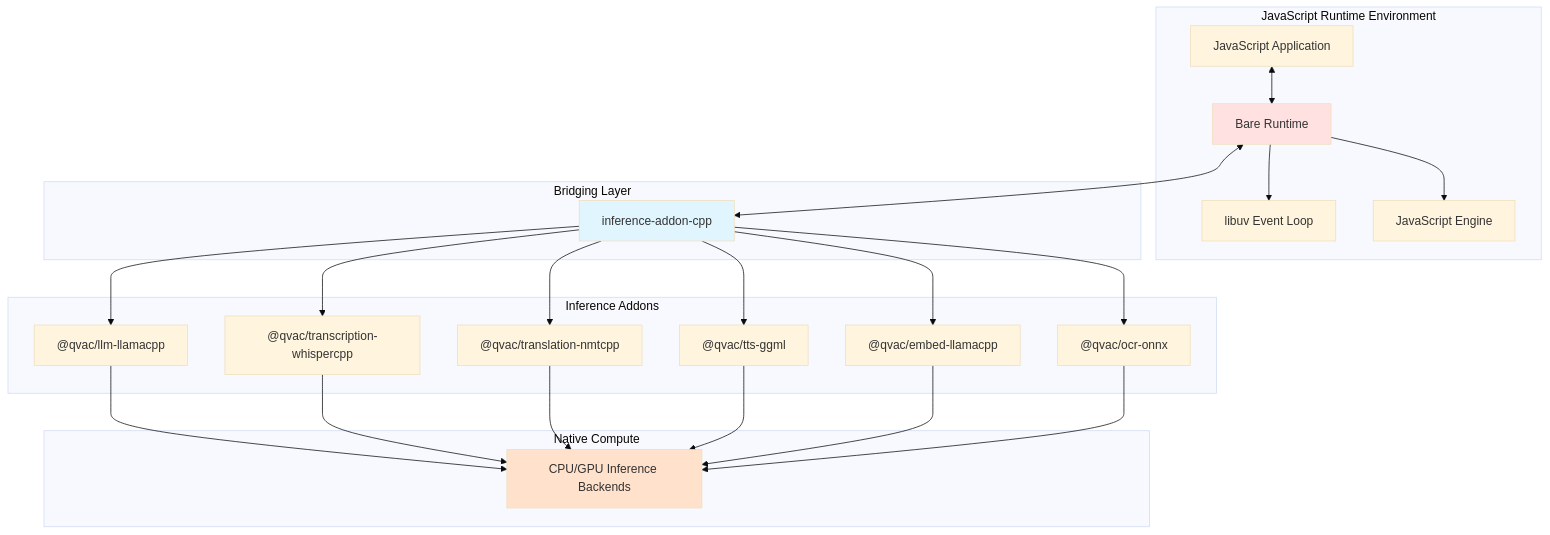
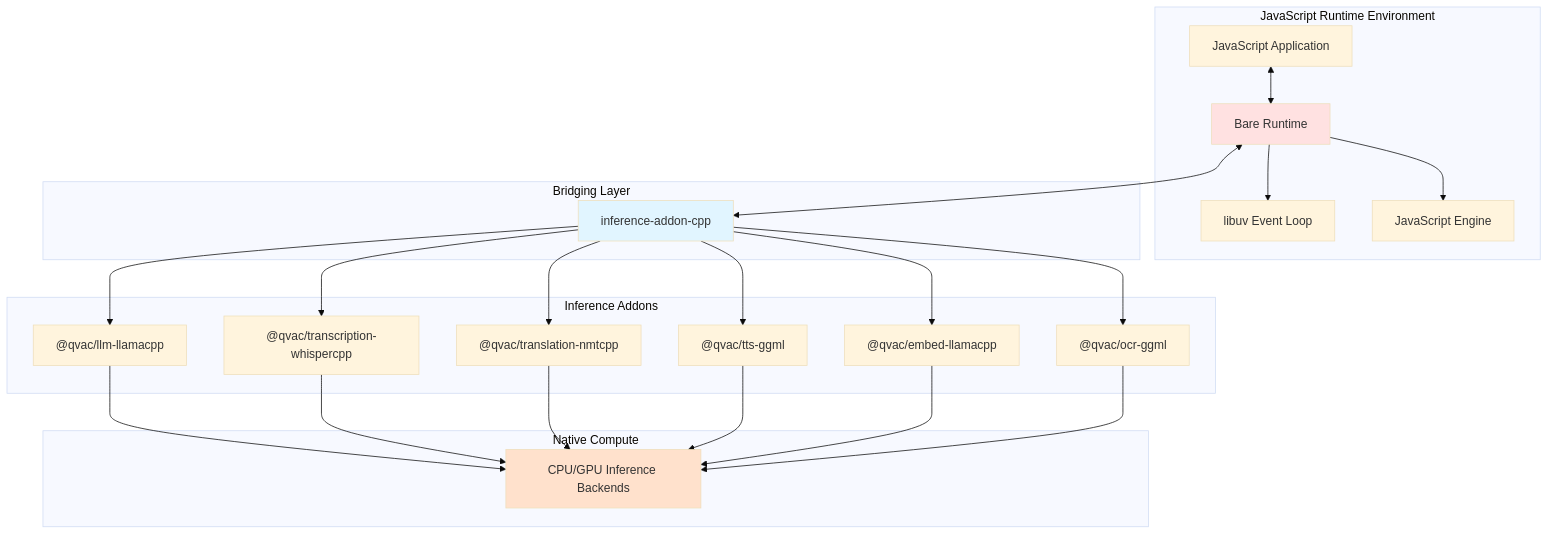
Before and after one commit to Zbig9000/qvac: the first of 3 diagrams in packages/inference-addon-cpp/docs/architecture.md, drawn with Mermaid (base theme). The commit also changed other lines of this file and 219 other files, not shown here.

First line of the commit message:
QVAC-22515 chore[bc]: remove retired ocr-onnx addon from the monorepo (#3466)

````diff
--- a/packages/inference-addon-cpp/docs/architecture.md
+++ b/packages/inference-addon-cpp/docs/architecture.md
@@ -86,50 +86,50 @@
 ```mermaid
 graph TB
     subgraph "JavaScript Runtime Environment"
         APP[JavaScript Application]
         BARE[Bare Runtime]
         LIBUV[libuv Event Loop]
         JSENGINE[JavaScript Engine]
         
         APP <--> BARE
         BARE --> LIBUV
         BARE --> JSENGINE
     end
     
     subgraph "Bridging Layer"
         ADDON_CPP[inference-addon-cpp]
     end
     
     subgraph "Inference Addons"
         LLAMA["@qvac/llm-llamacpp"]
         WHISPER["@qvac/transcription-whispercpp"]
         NMT["@qvac/translation-nmtcpp"]
         TTS["@qvac/tts-ggml"]
         EMBED["@qvac/embed-llamacpp"]
-        OCR["@qvac/ocr-onnx"]
+        OCR["@qvac/ocr-ggml"]
     end
     
     subgraph "Native Compute"
         CPU_GPU[CPU/GPU Inference Backends]
     end
     
     BARE <--> ADDON_CPP
     
     ADDON_CPP --> LLAMA
     ADDON_CPP --> WHISPER
     ADDON_CPP --> NMT
     ADDON_CPP --> TTS
     ADDON_CPP --> EMBED
     ADDON_CPP --> OCR
     
     LLAMA --> CPU_GPU
     WHISPER --> CPU_GPU
     NMT --> CPU_GPU
     TTS --> CPU_GPU
     EMBED --> CPU_GPU
     OCR --> CPU_GPU
     
     style ADDON_CPP fill:#e1f5ff
     style BARE fill:#ffe1e1
     style CPU_GPU fill:#ffe1cc
 ```
````
